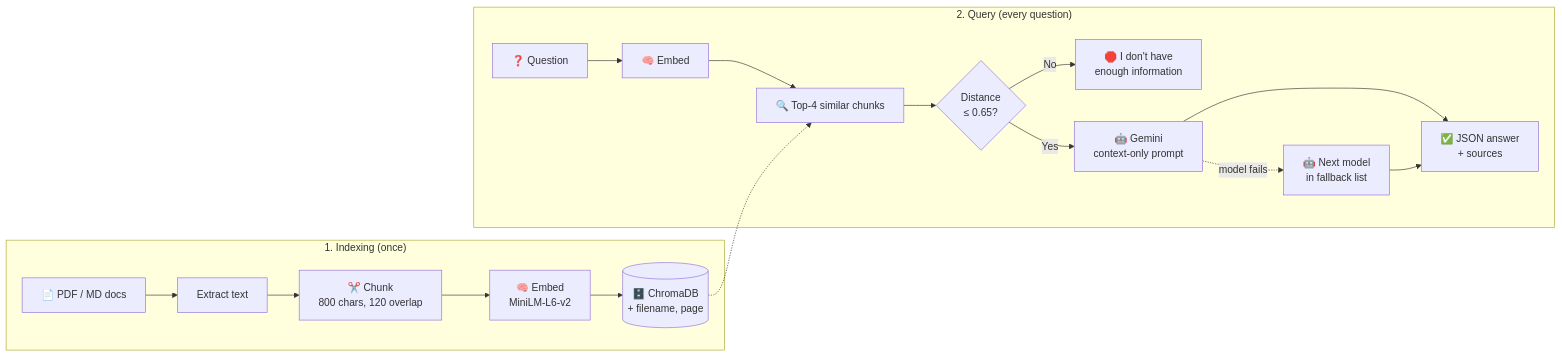
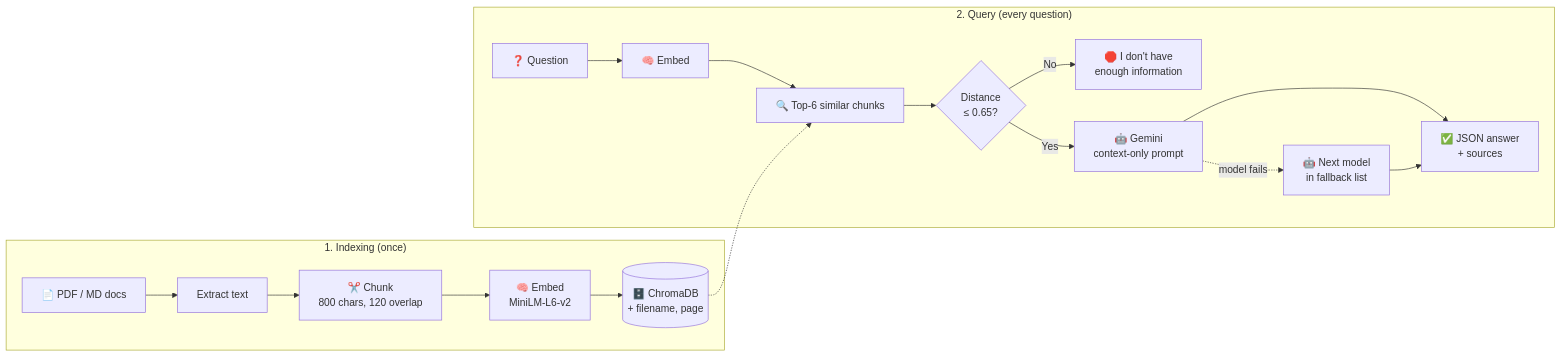
One commit to mehakrana16/rag-pipeline-task changed the diagram in README.md. Above: the diagram before and after it, drawn with Mermaid. The commit also changed other lines of this file and 4 other files, not shown here.

````diff
--- a/README.md
+++ b/README.md
@@ -37,21 +37,21 @@
 ```mermaid
 flowchart LR
     subgraph IDX["1. Indexing (once)"]
         A[📄 PDF / MD docs] --> B[Extract text]
         B --> C[✂️ Chunk<br/>800 chars, 120 overlap]
         C --> D[🧠 Embed<br/>MiniLM-L6-v2]
         D --> E[(🗄️ ChromaDB<br/>+ filename, page)]
     end
 
     subgraph QRY["2. Query (every question)"]
         Q[❓ Question] --> QE[🧠 Embed]
-        QE --> R[🔍 Top-4 similar chunks]
+        QE --> R[🔍 Top-6 similar chunks]
         E -.-> R
         R --> F{Distance<br/>≤ 0.65?}
         F -- No --> X[🛑 I don't have<br/>enough information]
         F -- Yes --> G[🤖 Gemini<br/>context-only prompt]
         G -. model fails .-> G2[🤖 Next model<br/>in fallback list]
         G --> H[✅ JSON answer<br/>+ sources]
         G2 --> H
     end
 ```
````
